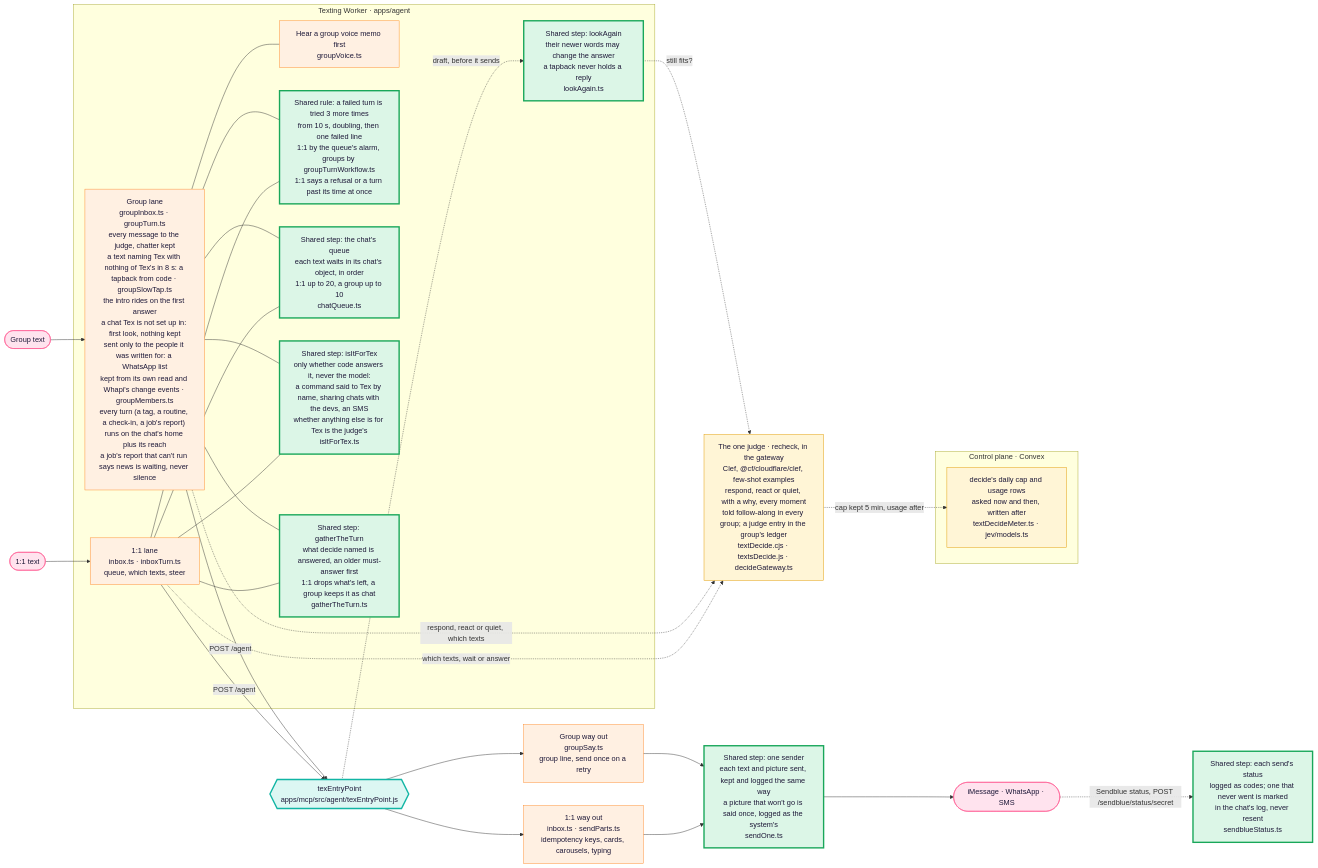
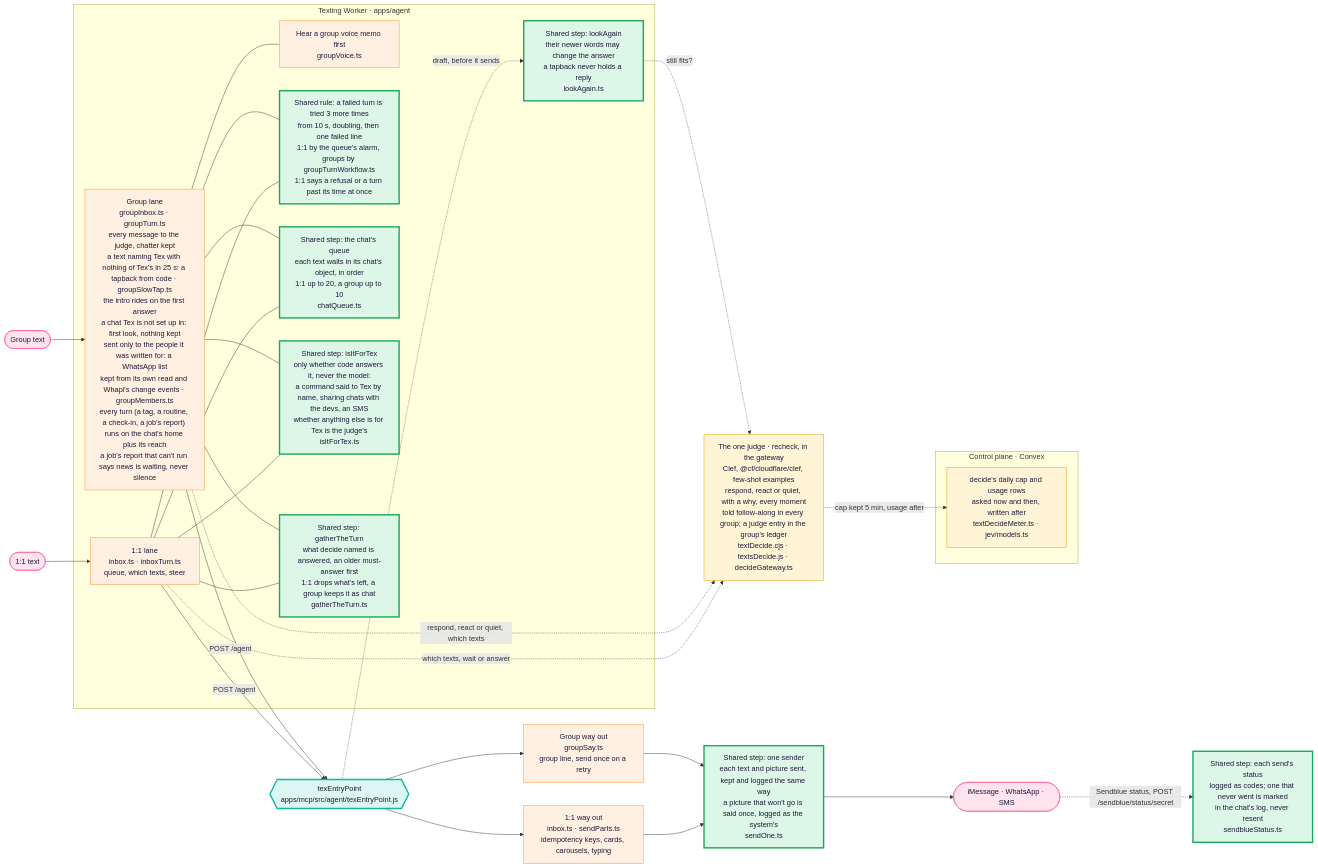
Before and after one commit to Supa-Media/context: the first of 3 diagrams in docs/architecture/tex.md, drawn with Mermaid. The commit also changed other lines of this file and 4 other files, not shown here.

First line of the commit message:
fix(tex): slow group tapback waits 25 s, not 8 s

````diff
--- a/docs/architecture/tex.md
+++ b/docs/architecture/tex.md
@@ -22,47 +22,47 @@
 ```mermaid
 flowchart LR
   P1([1:1 text]):::you --> W1
   P2([Group text]):::you --> W2
   subgraph Worker["Texting Worker · apps/agent"]
     W1["1:1 lane<br/>inbox.ts · inboxTurn.ts<br/>queue, which texts, steer"]:::pipe
-    W2["Group lane<br/>groupInbox.ts · groupTurn.ts<br/>every message to the judge, chatter kept<br/>a text naming Tex with nothing of Tex's in 8 s: a tapback from code · groupSlowTap.ts<br/>the intro rides on the first answer<br/>a chat Tex is not set up in: first look, nothing kept<br/>sent only to the people it was written for: a WhatsApp list<br/>kept from its own read and Whapi's change events · groupMembers.ts<br/>every turn (a tag, a routine, a check-in, a job's report) runs on the chat's home plus its reach<br/>a job's report that can't run says news is waiting, never silence"]:::pipe
+    W2["Group lane<br/>groupInbox.ts · groupTurn.ts<br/>every message to the judge, chatter kept<br/>a text naming Tex with nothing of Tex's in 25 s: a tapback from code · groupSlowTap.ts<br/>the intro rides on the first answer<br/>a chat Tex is not set up in: first look, nothing kept<br/>sent only to the people it was written for: a WhatsApp list<br/>kept from its own read and Whapi's change events · groupMembers.ts<br/>every turn (a tag, a routine, a check-in, a job's report) runs on the chat's home plus its reach<br/>a job's report that can't run says news is waiting, never silence"]:::pipe
     H["Hear a group voice memo first<br/>groupVoice.ts"]:::pipe
     W2 --- H
     LA["Shared step: lookAgain<br/>their newer words may change the answer<br/>a tapback never holds a reply<br/>lookAgain.ts"]:::shared
     RT["Shared rule: a failed turn is tried 3 more times<br/>from 10 s, doubling, then one failed line<br/>1:1 by the queue's alarm, groups by groupTurnWorkflow.ts<br/>1:1 says a refusal or a turn past its time at once"]:::shared
     W1 --- RT
     W2 --- RT
     Q["Shared step: the chat's queue<br/>each text waits in its chat's object, in order<br/>1:1 up to 20, a group up to 10<br/>chatQueue.ts"]:::shared
     W1 --- Q
     W2 --- Q
     FT["Shared step: isItForTex<br/>only whether code answers it, never the model:<br/>a command said to Tex by name, sharing chats with the devs, an SMS<br/>whether anything else is for Tex is the judge's<br/>isItForTex.ts"]:::shared
     W1 --- FT
     W2 --- FT
     GT["Shared step: gatherTheTurn<br/>what decide named is answered, an older must-answer first<br/>1:1 drops what's left, a group keeps it as chat<br/>gatherTheTurn.ts"]:::shared
     W1 --- GT
     W2 --- GT
   end
   D["The one judge · recheck, in the gateway<br/>Clef, @cf/cloudflare/clef, few-shot examples<br/>respond, react or quiet, with a why, every moment<br/>told follow-along in every group; a judge entry in the group's ledger<br/>textDecide.cjs · textsDecide.js · decideGateway.ts"]:::judge
   subgraph Control["Control plane · Convex"]
     CAP["decide's daily cap and usage rows<br/>asked now and then, written after<br/>textDecideMeter.ts · jev/models.ts"]:::judge
   end
   D -. cap kept 5 min, usage after .-> CAP
   W1 -. which texts, wait or answer .-> D
   W2 -. respond, react or quiet, which texts .-> D
   E -. draft, before it sends .-> LA
   LA -. still fits? .-> D
   W1 -->|POST /agent| E
   W2 -->|POST /agent| E
   E{{"texEntryPoint<br/>apps/mcp/src/agent/texEntryPoint.js"}}:::door
   E --> S1["1:1 way out<br/>inbox.ts · sendParts.ts<br/>idempotency keys, cards, carousels, typing"]:::pipe
   E --> S2["Group way out<br/>groupSay.ts<br/>group line, send once on a retry"]:::pipe
   S1 --> SO["Shared step: one sender<br/>each text and picture sent, kept and logged the same way<br/>a picture that won't go is said once, logged as the system's<br/>sendOne.ts"]:::shared
   S2 --> SO
   SO --> Out([iMessage · WhatsApp · SMS]):::you
   Out -. "Sendblue status, POST /sendblue/status/secret" .-> ST["Shared step: each send's status<br/>logged as codes; one that never went is marked<br/>in the chat's log, never resent<br/>sendblueStatus.ts"]:::shared
   classDef you fill:#ffe3ee,stroke:#ff4f8b,color:#1d1838
   classDef pipe fill:#fff0e2,stroke:#ff8a2a,color:#1d1838
   classDef door fill:#dcf7f3,stroke:#11b5a4,stroke-width:3px,color:#1d1838
   classDef judge fill:#fff5d6,stroke:#e09a00,color:#1d1838
   classDef shared fill:#dcf6e7,stroke:#19a75a,stroke-width:3px,color:#1d1838
 ```
````
